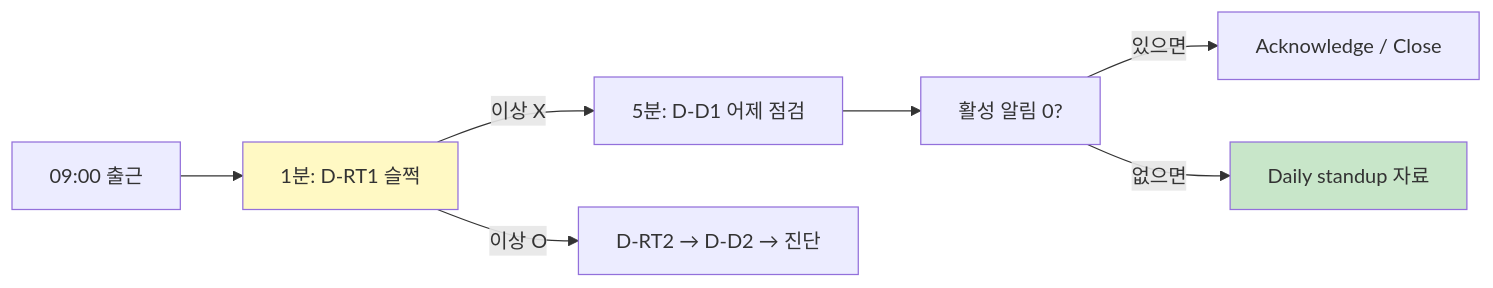
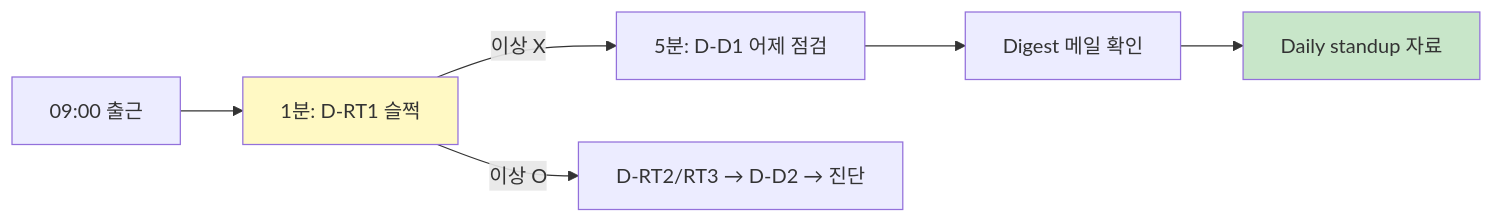
One commit to corollazer0/elk-learning changed the seventh of 10 diagrams in docs/09-monitoring-strategy.md. Above: the diagram before and after it, drawn with Mermaid. The commit also changed other lines of this file, not shown here.

````diff
--- a/docs/09-monitoring-strategy.md
+++ b/docs/09-monitoring-strategy.md
@@ -1122,12 +920,11 @@
 ```mermaid
 flowchart LR
     M[09:00 출근] --> A[1분: D-RT1 슬쩍]
     A -->|이상 X| B[5분: D-D1 어제 점검]
-    A -->|이상 O| Esc[D-RT2 → D-D2 → 진단]
-    B --> C[활성 알림 0?]
-    C -->|있으면| Ack[Acknowledge / Close]
-    C -->|없으면| D[Daily standup 자료]
+    A -->|이상 O| Esc[D-RT2/RT3 → D-D2 → 진단]
+    B --> C[Digest 메일 확인]
+    C --> D[Daily standup 자료]
 
     style A fill:#fff9c4
     style D fill:#c8e6c9
 ```
````
